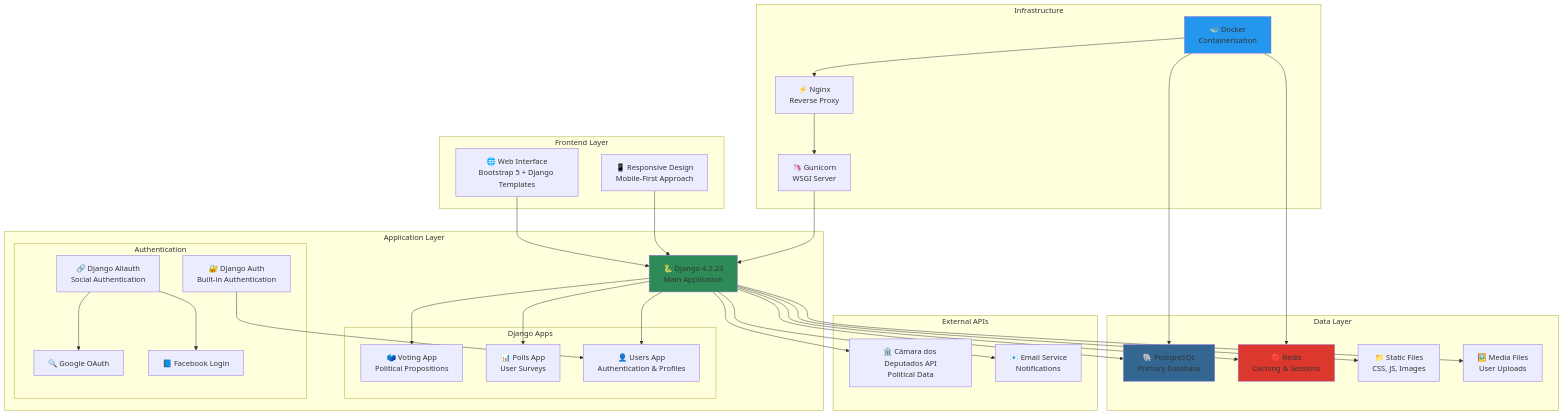
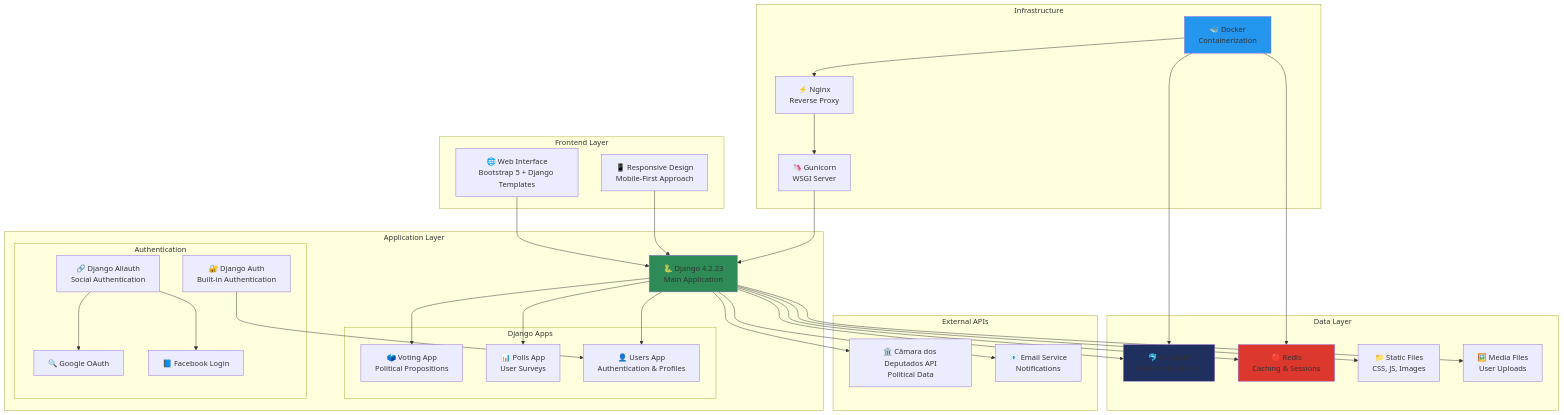
The first of 10 diagrams in doc/ARCHITECTURE_DIAGRAMS.md (wagnercateb/votebem), drawn with Mermaid before and after one commit. The commit also changed other lines of this file and 33 other files, not shown here.

Commit message:
configura votebem com docker no WSL  usando MariaDB ao inves de MySQL

````diff
--- a/doc/ARCHITECTURE_DIAGRAMS.md
+++ b/doc/ARCHITECTURE_DIAGRAMS.md
@@ -22,71 +22,71 @@
 ```mermaid
 graph TB
     subgraph "Frontend Layer"
         UI["🌐 Web Interface<br/>Bootstrap 5 + Django Templates"]
         Mobile["📱 Responsive Design<br/>Mobile-First Approach"]
     end
     
     subgraph "Application Layer"
         Django["🐍 Django 4.2.23<br/>Main Application"]
         
         subgraph "Django Apps"
             Voting["🗳️ Voting App<br/>Political Propositions"]
             Polls["📊 Polls App<br/>User Surveys"]
             Users["👤 Users App<br/>Authentication & Profiles"]
         end
         
         subgraph "Authentication"
             DjangoAuth["🔐 Django Auth<br/>Built-in Authentication"]
             Allauth["🔗 Django Allauth<br/>Social Authentication"]
             Google["🔍 Google OAuth"]
             Facebook["📘 Facebook Login"]
         end
     end
     
     subgraph "Data Layer"
-        PostgreSQL["🐘 PostgreSQL<br/>Primary Database"]
+MariaDB["🐬 MariaDB<br/>Primary Database"]
         Redis["🔴 Redis<br/>Caching & Sessions"]
         StaticFiles["📁 Static Files<br/>CSS, JS, Images"]
         MediaFiles["🖼️ Media Files<br/>User Uploads"]
     end
     
     subgraph "Infrastructure"
         Nginx["⚡ Nginx<br/>Reverse Proxy"]
         Gunicorn["🦄 Gunicorn<br/>WSGI Server"]
         Docker["🐳 Docker<br/>Containerization"]
     end
     
     subgraph "External APIs"
         CamaraAPI["🏛️ Câmara dos Deputados API<br/>Political Data"]
         EmailService["📧 Email Service<br/>Notifications"]
     end
     
     UI --> Django
     Mobile --> Django
     Django --> Voting
     Django --> Polls
     Django --> Users
     
     DjangoAuth --> Users
     Allauth --> Google
     Allauth --> Facebook
     
-    Django --> PostgreSQL
+Django --> MariaDB
     Django --> Redis
     Django --> StaticFiles
     Django --> MediaFiles
     
     Nginx --> Gunicorn
     Gunicorn --> Django
     Docker --> Nginx
-    Docker --> PostgreSQL
+Docker --> MariaDB
     Docker --> Redis
     
     Django --> CamaraAPI
     Django --> EmailService
     
     style Django fill:#2E8B57
-    style PostgreSQL fill:#336791
+style MariaDB fill:#1F305F
     style Redis fill:#DC382D
     style Docker fill:#2496ED
 ```
````
